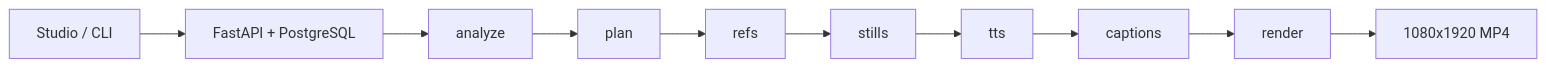
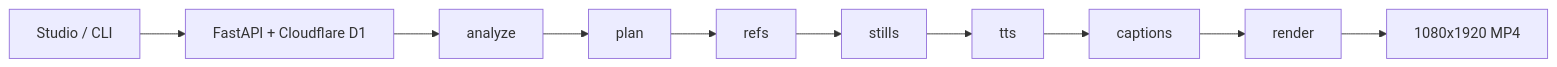
Before and after one commit to minhduy6868/omaishort---short-video-creation: the diagram in docs/REQUIREMENTS.md, drawn with Mermaid. The commit also changed other lines of this file and 37 other files, not shown here.

First line of the commit message:
feat(studio): keep accounts on Cloudflare and split the desktop into pages

````diff
--- a/docs/REQUIREMENTS.md
+++ b/docs/REQUIREMENTS.md
@@ -123,12 +123,12 @@
 ```mermaid
 flowchart LR
-  in[Studio / CLI] --> api[FastAPI + PostgreSQL]
+  in[Studio / CLI] --> api[FastAPI + Cloudflare D1]
   api --> a[analyze]
   a --> p[plan]
   p --> r[refs]
   r --> s[stills]
   s --> t[tts]
   t --> c[captions]
   c --> x[render]
   x --> mp4[1080x1920 MP4]
 ```
````
